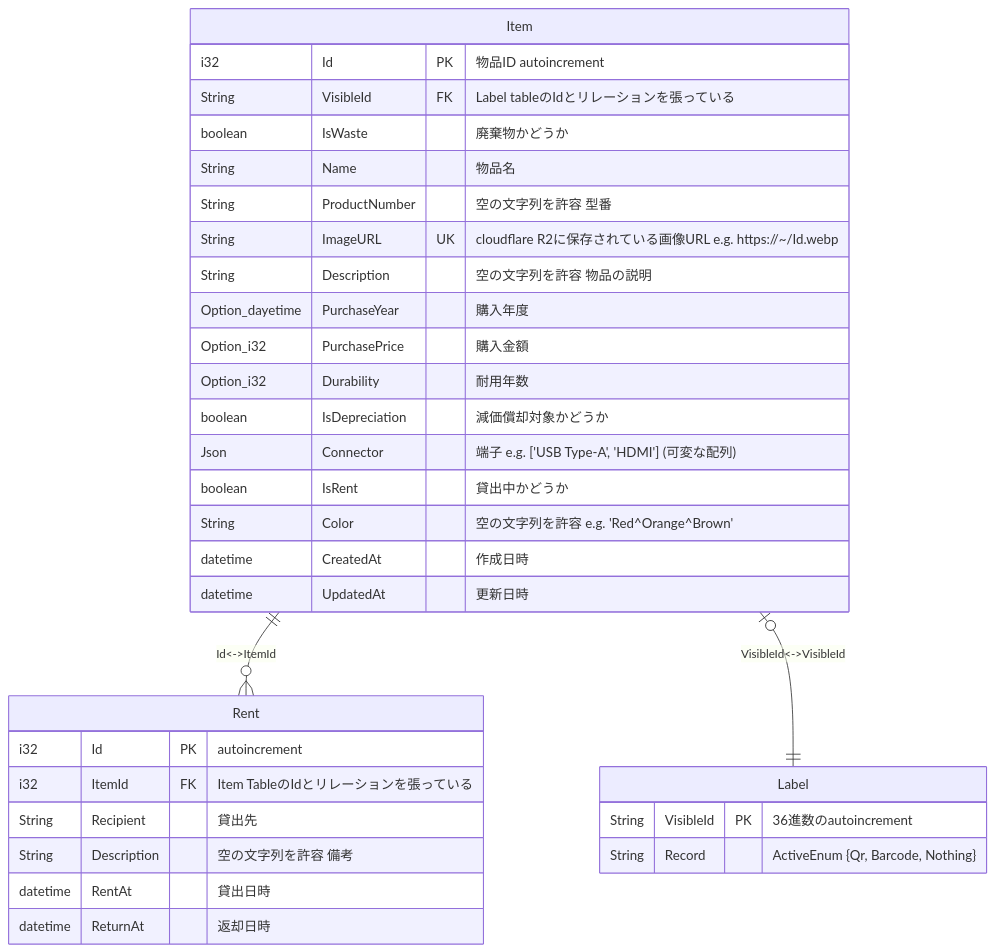
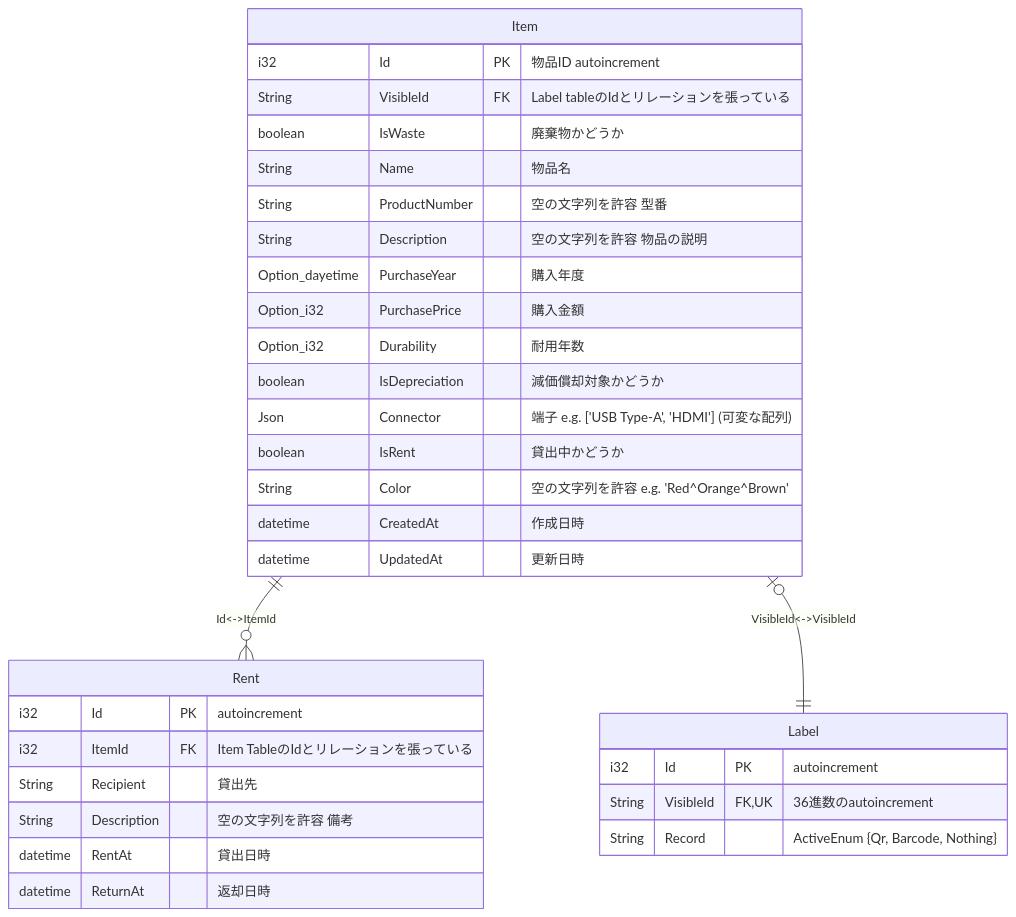
The first of 3 diagrams in documents/database.md (sohosai/dashi), drawn with Mermaid before and after one commit. The commit also changed 2 other files, not shown here.

````diff
--- a/documents/database.md
+++ b/documents/database.md
@@ -10,35 +10,35 @@
 ```mermaid
 erDiagram
     Item ||--o{ Rent : "Id<->ItemId"
     Item |o--|| Label : "VisibleId<->VisibleId"
     Item {
         i32 Id PK "物品ID autoincrement"
         String VisibleId FK "Label tableのIdとリレーションを張っている"
         boolean IsWaste "廃棄物かどうか"
         String Name "物品名"
         String ProductNumber "空の文字列を許容 型番"
-        String ImageURL UK "cloudflare R2に保存されている画像URL e.g. https://~/Id.webp"
         String Description "空の文字列を許容 物品の説明"
         Option_dayetime PurchaseYear "購入年度"
         Option_i32 PurchasePrice "購入金額"
         Option_i32 Durability "耐用年数"
         boolean IsDepreciation "減価償却対象かどうか"
         Json Connector "端子 e.g. ['USB Type-A', 'HDMI'] (可変な配列)"
         boolean IsRent "貸出中かどうか"
         String Color "空の文字列を許容 e.g. 'Red^Orange^Brown'"
         datetime CreatedAt "作成日時"
         datetime UpdatedAt "更新日時"
     }
     Label {
-        String VisibleId PK "36進数のautoincrement"
+        i32 Id PK "autoincrement"
+        String VisibleId FK, UK "36進数のautoincrement"
         String Record "ActiveEnum {Qr, Barcode, Nothing}"
     }
     Rent {
         i32 Id PK "autoincrement"
         i32 ItemId FK "Item TableのIdとリレーションを張っている"
         String Recipient "貸出先"
         String Description "空の文字列を許容 備考"
         datetime RentAt "貸出日時"
         datetime ReturnAt "返却日時"
     }
 ```
````
